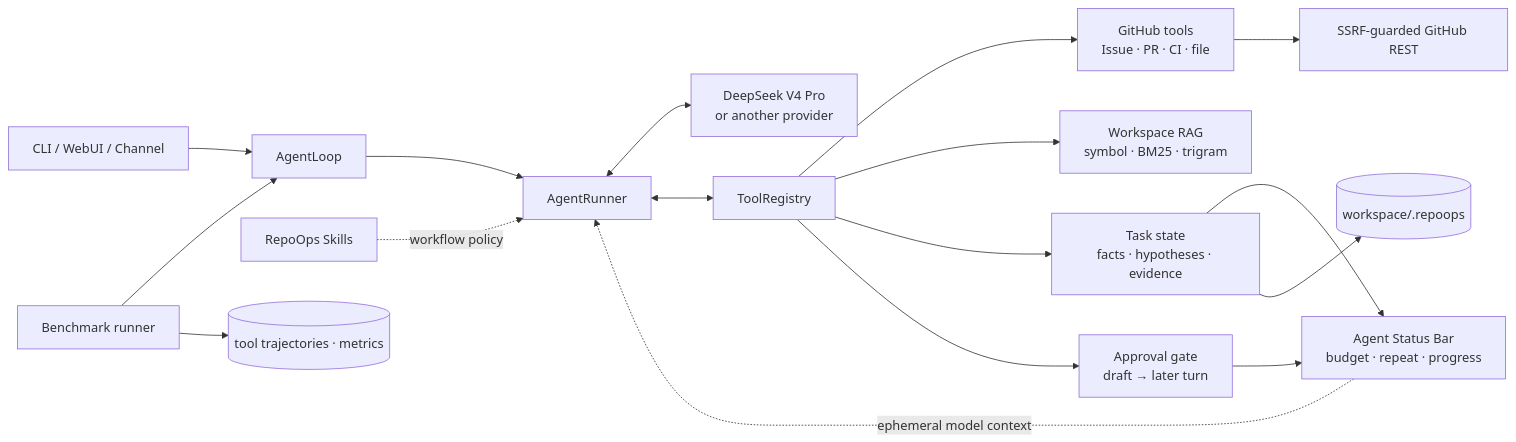
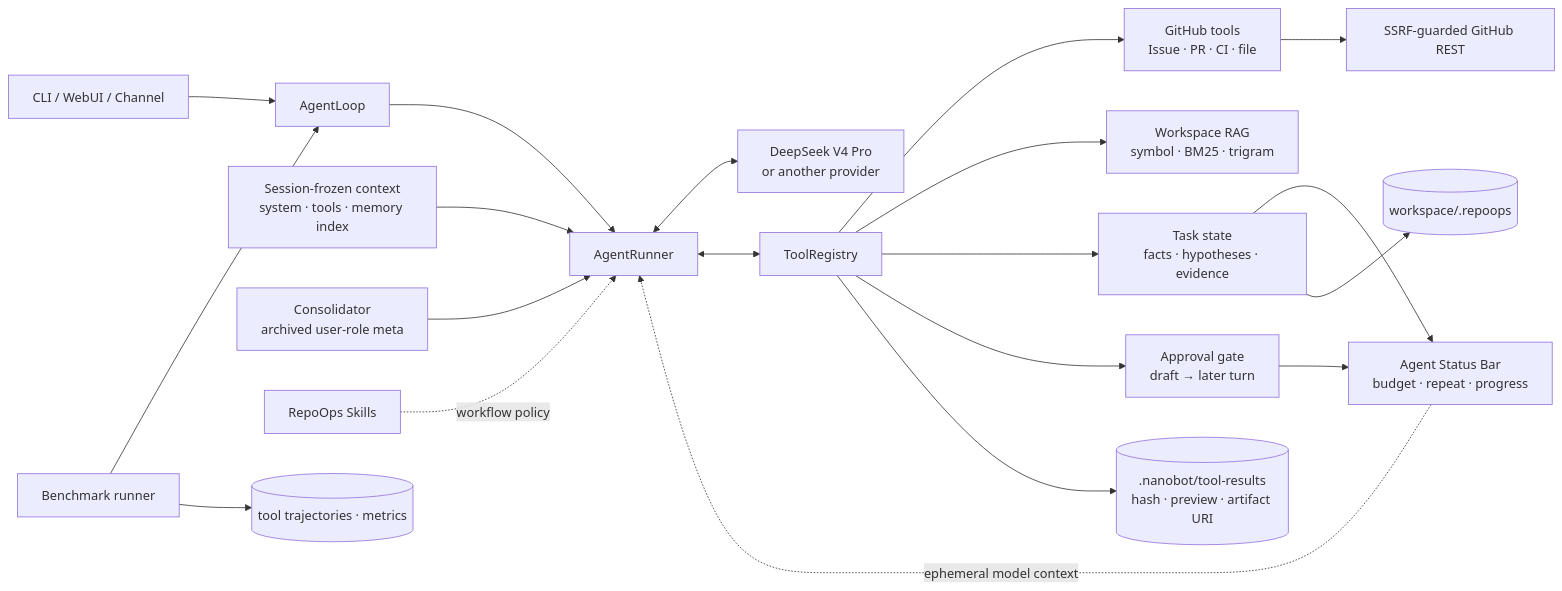
The diagram in README.md (123kaze/RepoOpsAgent), drawn with Mermaid before and after one commit. The commit also changed other lines of this file and 41 other files, not shown here.

Commit message:
feat: add KV-cache-aware context architecture

````diff
--- a/README.md
+++ b/README.md
@@ -32,22 +32,26 @@
 ```mermaid
 flowchart LR
     U[CLI / WebUI / Channel] --> L[AgentLoop]
     L --> R[AgentRunner]
     R <--> M[DeepSeek V4 Pro<br/>or another provider]
     R <--> T[ToolRegistry]
 
     T --> G[GitHub tools<br/>Issue · PR · CI · file]
     T --> Q[Workspace RAG<br/>symbol · BM25 · trigram]
     T --> S[Task state<br/>facts · hypotheses · evidence]
     T --> A[Approval gate<br/>draft → later turn]
     S --> B[Agent Status Bar<br/>budget · repeat · progress]
     A --> B
     B -. ephemeral model context .-> R
 
+    C[Session-frozen context<br/>system · tools · memory index] --> R
+    O[Consolidator<br/>archived user-role meta] --> R
+
     G --> H[SSRF-guarded GitHub REST]
     S --> D[(workspace/.repoops)]
+    T --> F[(.nanobot/tool-results<br/>hash · preview · artifact URI)]
 
     K[RepoOps Skills] -. workflow policy .-> R
     E[Benchmark runner] --> L
     E --> X[(tool trajectories · metrics)]
 ```
````
